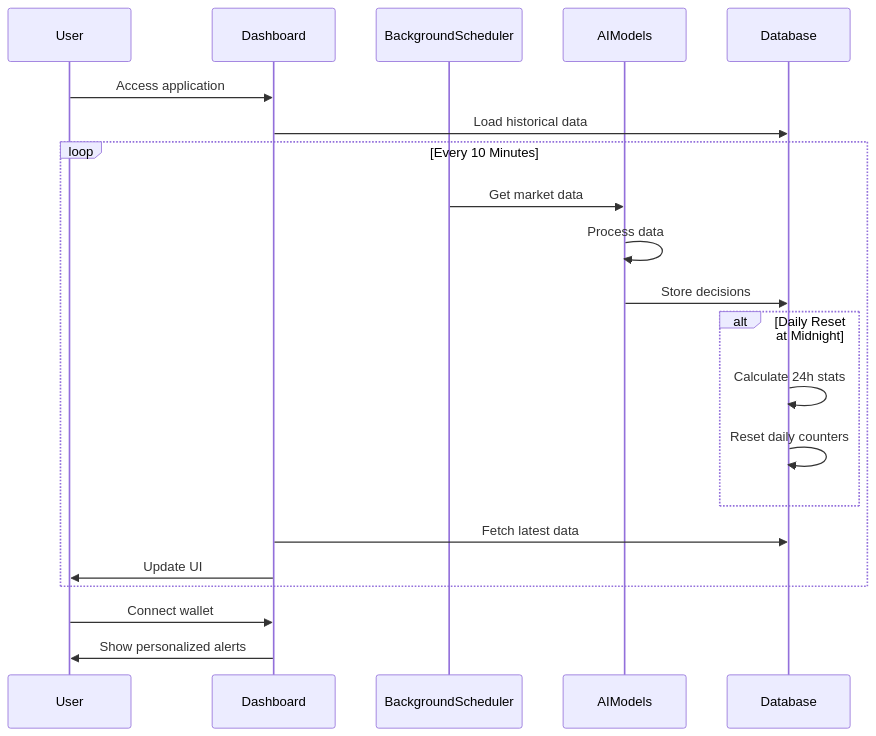
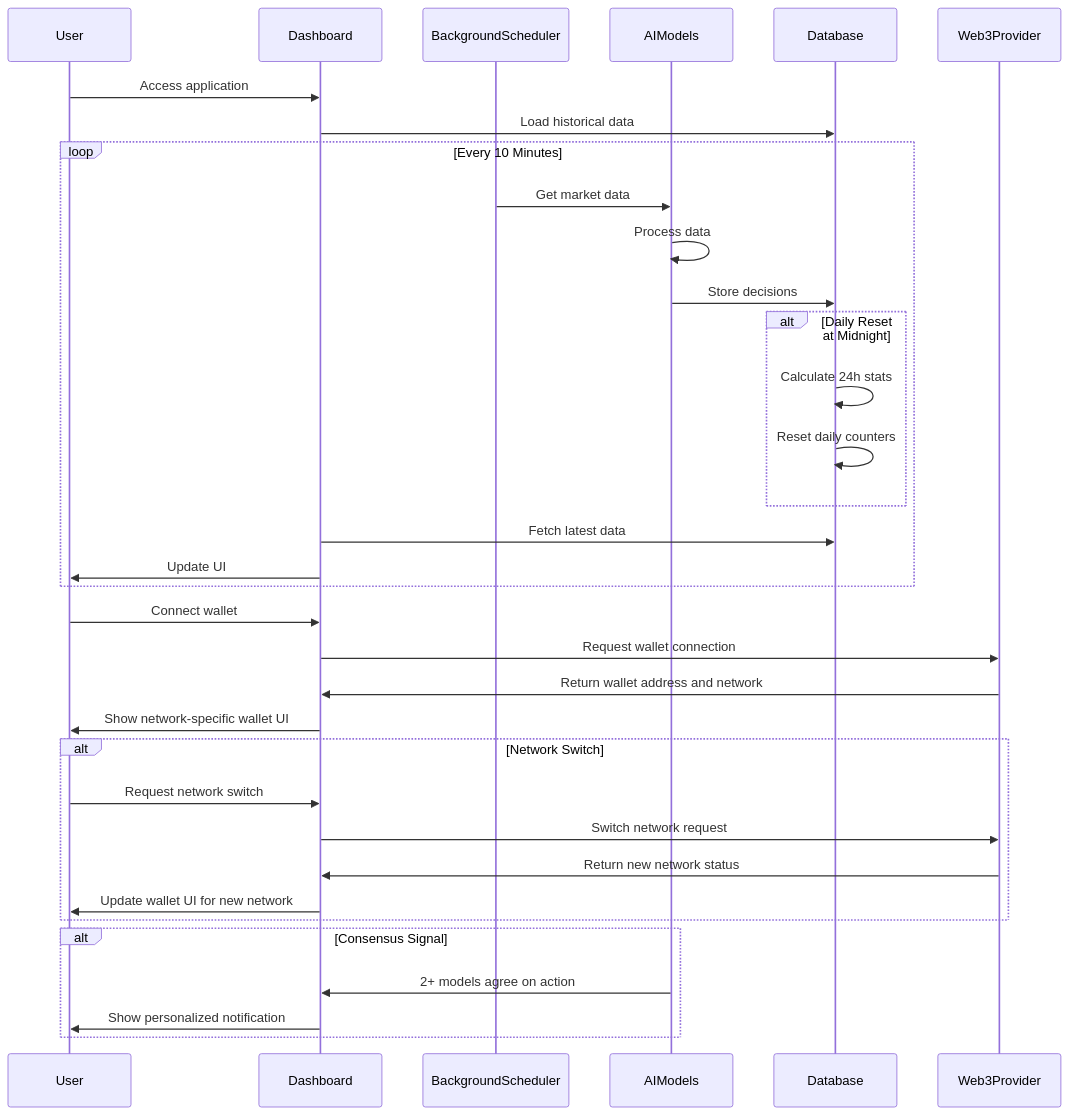
Before and after one commit to Qbandev/stbchef: the second of 2 diagrams in README.md, drawn with Mermaid. The commit also changed other lines of this file and 4 other files, not shown here.

````diff
--- a/README.md
+++ b/README.md
@@ -220,28 +260,43 @@
 ```mermaid
 sequenceDiagram
     participant User
     participant Dashboard
     participant BackgroundScheduler
     participant AIModels
     participant Database
+    participant Web3Provider
 
     User->>Dashboard: Access application
     Dashboard->>Database: Load historical data
 
     loop Every 10 Minutes
         BackgroundScheduler->>AIModels: Get market data
         AIModels->>AIModels: Process data
         AIModels->>Database: Store decisions
 
         alt Daily Reset at Midnight
             Database->>Database: Calculate 24h stats
             Database->>Database: Reset daily counters
         end
 
         Dashboard->>Database: Fetch latest data
         Dashboard->>User: Update UI
     end
 
     User->>Dashboard: Connect wallet
-    Dashboard->>User: Show personalized alerts
+    Dashboard->>Web3Provider: Request wallet connection
+    Web3Provider->>Dashboard: Return wallet address and network
+    Dashboard->>User: Show network-specific wallet UI
+    
+    alt Network Switch
+        User->>Dashboard: Request network switch
+        Dashboard->>Web3Provider: Switch network request
+        Web3Provider->>Dashboard: Return new network status
+        Dashboard->>User: Update wallet UI for new network
+    end
+    
+    alt Consensus Signal
+        AIModels->>Dashboard: 2+ models agree on action
+        Dashboard->>User: Show personalized notification
+    end
 ```
````
